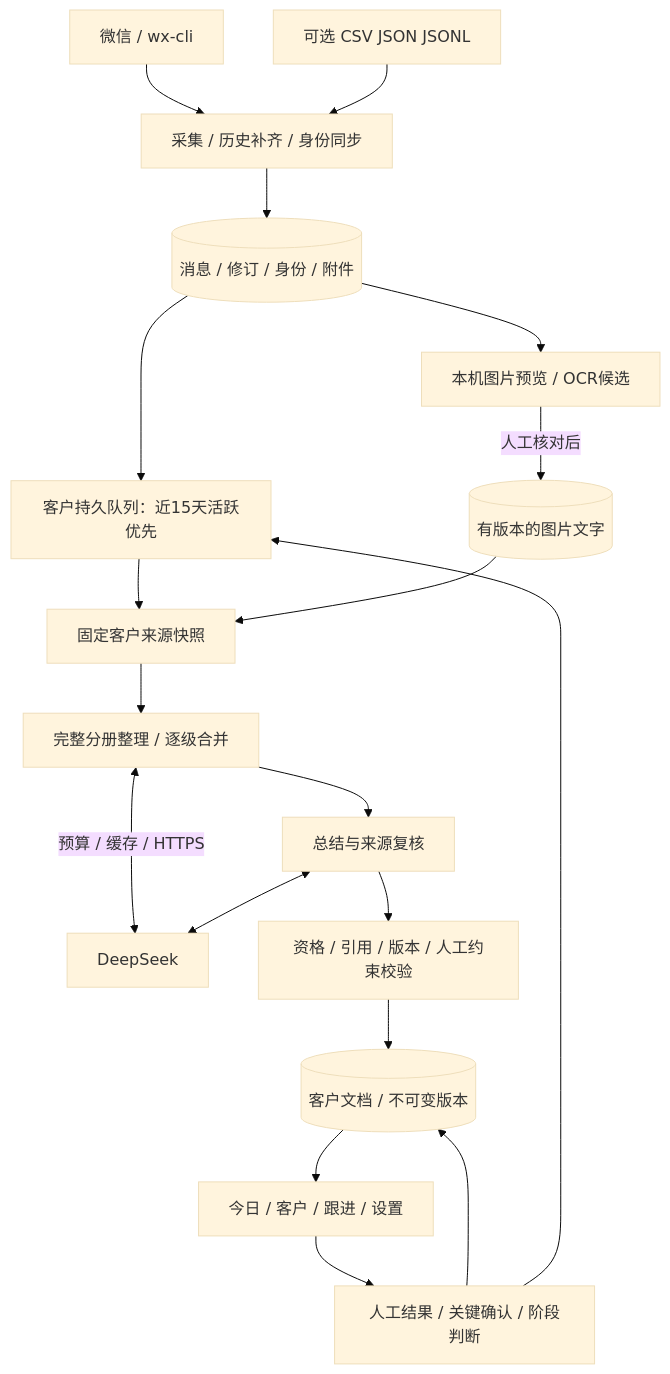
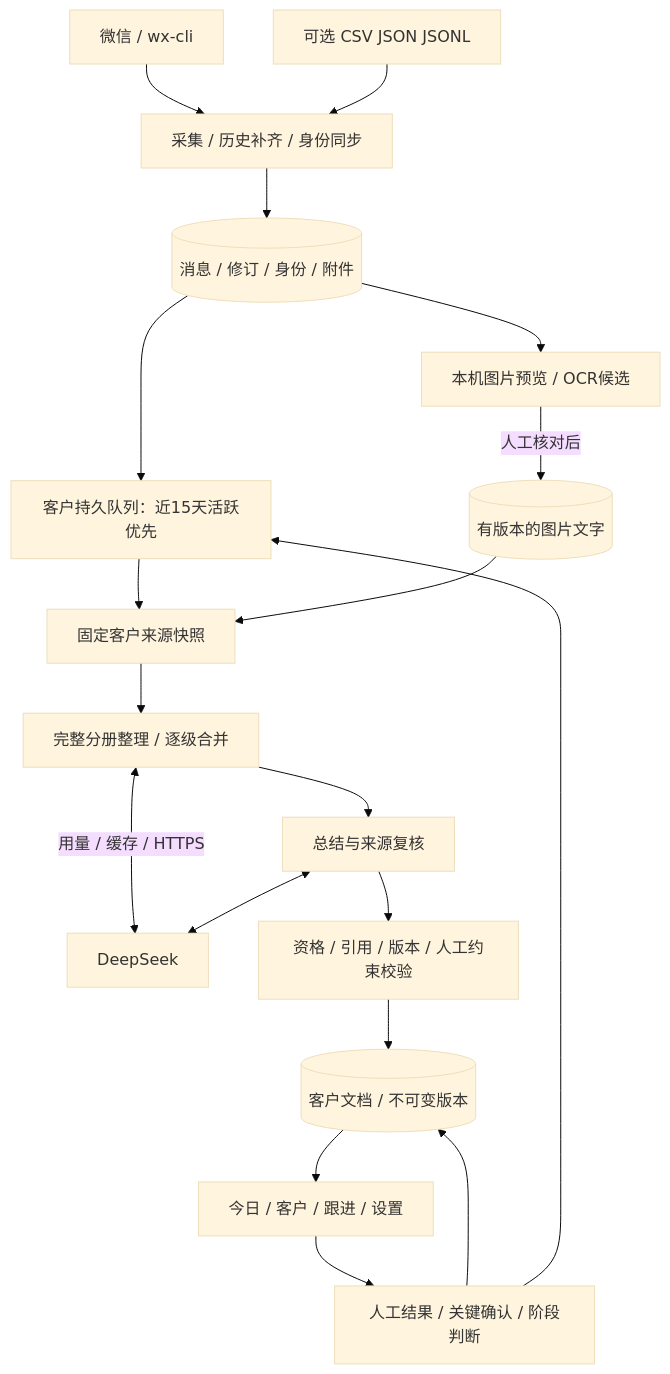
One commit to EligahYy/Wechat-Agent changed the diagram in docs/SYSTEM_ARCHITECTURE.md. Above: the diagram before and after it, drawn with Mermaid (base theme). The commit also changed other lines of this file and 34 other files, not shown here.

````diff
--- a/docs/SYSTEM_ARCHITECTURE.md
+++ b/docs/SYSTEM_ARCHITECTURE.md
@@ -9,21 +9,21 @@
 ```mermaid
 flowchart TD
     W[微信 / wx-cli] --> C[采集 / 历史补齐 / 身份同步]
     F[可选 CSV JSON JSONL] --> C
     C --> S[(消息 / 修订 / 身份 / 附件)]
     S --> Q[客户持久队列：近15天活跃优先]
     Q --> A[固定客户来源快照]
     A --> P[完整分册整理 / 逐级合并]
     P --> M[总结与来源复核]
-    P <-->|预算 / 缓存 / HTTPS| L[DeepSeek]
+    P <-->|用量 / 缓存 / HTTPS| L[DeepSeek]
     M <--> L
     M --> V[资格 / 引用 / 版本 / 人工约束校验]
     V --> D[(客户文档 / 不可变版本)]
     D --> U[今日 / 客户 / 跟进 / 设置]
     U --> H[人工结果 / 关键确认 / 阶段判断]
     H --> D
     H --> Q
     S --> I[本机图片预览 / OCR候选]
     I -->|人工核对后| T[(有版本的图片文字)]
     T --> A
 ```
````
